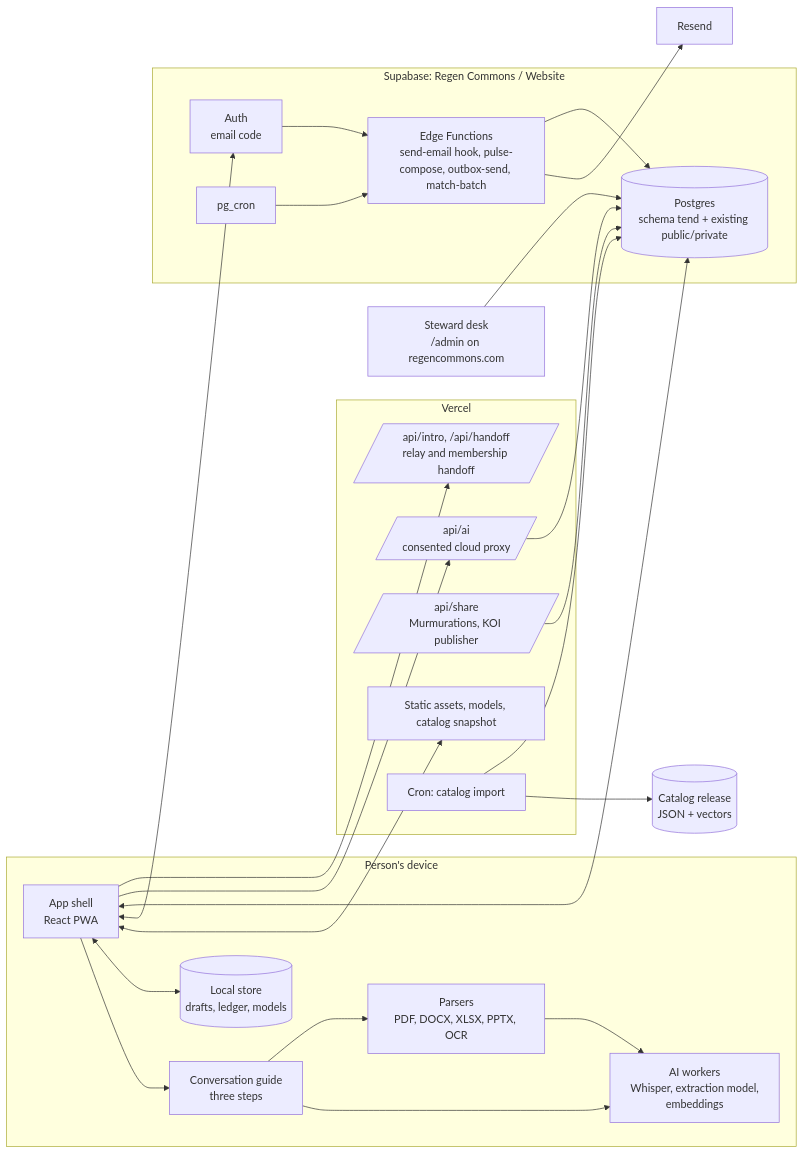
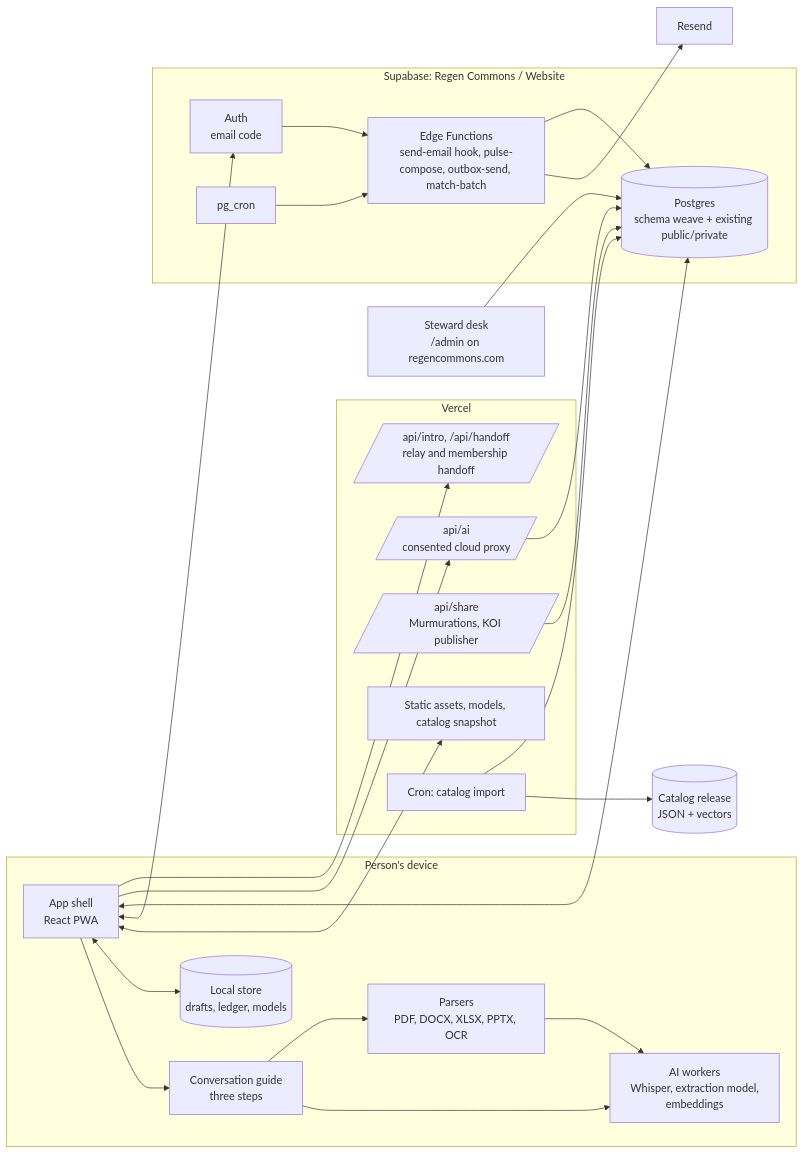
The second of 7 diagrams in docs/platform/03-logical-architecture.md (regen-commons/funding-commons), drawn with Mermaid before and after one commit. The commit also changed other lines of this file and 23 other files, not shown here.

````diff
--- a/docs/platform/03-logical-architecture.md
+++ b/docs/platform/03-logical-architecture.md
@@ -50,44 +50,44 @@
 ```mermaid
 flowchart LR
   subgraph Device["Person's device"]
     App[App shell<br/>React PWA]
     Guide[Conversation guide<br/>three steps]
     Workers[AI workers<br/>Whisper, extraction model,<br/>embeddings]
     Parsers[Parsers<br/>PDF, DOCX, XLSX, PPTX, OCR]
     Local[(Local store<br/>drafts, ledger, models)]
     App --> Guide --> Workers
     Guide --> Parsers --> Workers
     App <--> Local
   end
   subgraph Edge["Vercel"]
     Shell[Static assets, models, catalog snapshot]
     AIProxy[/api/ai<br/>consented cloud proxy/]
     Share[/api/share<br/>Murmurations, KOI publisher/]
     Intro[/api/intro, /api/handoff<br/>relay and membership handoff/]
     CronV[Cron: catalog import]
   end
   subgraph Data["Supabase: Regen Commons / Website"]
     Auth[Auth<br/>email code]
-    DB[(Postgres<br/>schema tend + existing public/private)]
+    DB[(Postgres<br/>schema weave + existing public/private)]
     Fn[Edge Functions<br/>send-email hook, pulse-compose, outbox-send, match-batch]
     Sched[pg_cron]
   end
   Mail[Resend]
   Desk[Steward desk<br/>/admin on regencommons.com]
   Cat[(Catalog release<br/>JSON + vectors)]
 
   App <--> Shell
   App <--> Auth
   App <--> DB
   App --> AIProxy
   App --> Intro
   AIProxy --> DB
   Share --> DB
   Sched --> Fn
   Fn --> Mail
   Fn --> DB
   Auth --> Fn
   CronV --> Cat
   CronV --> DB
   Desk --> DB
 ```
````
